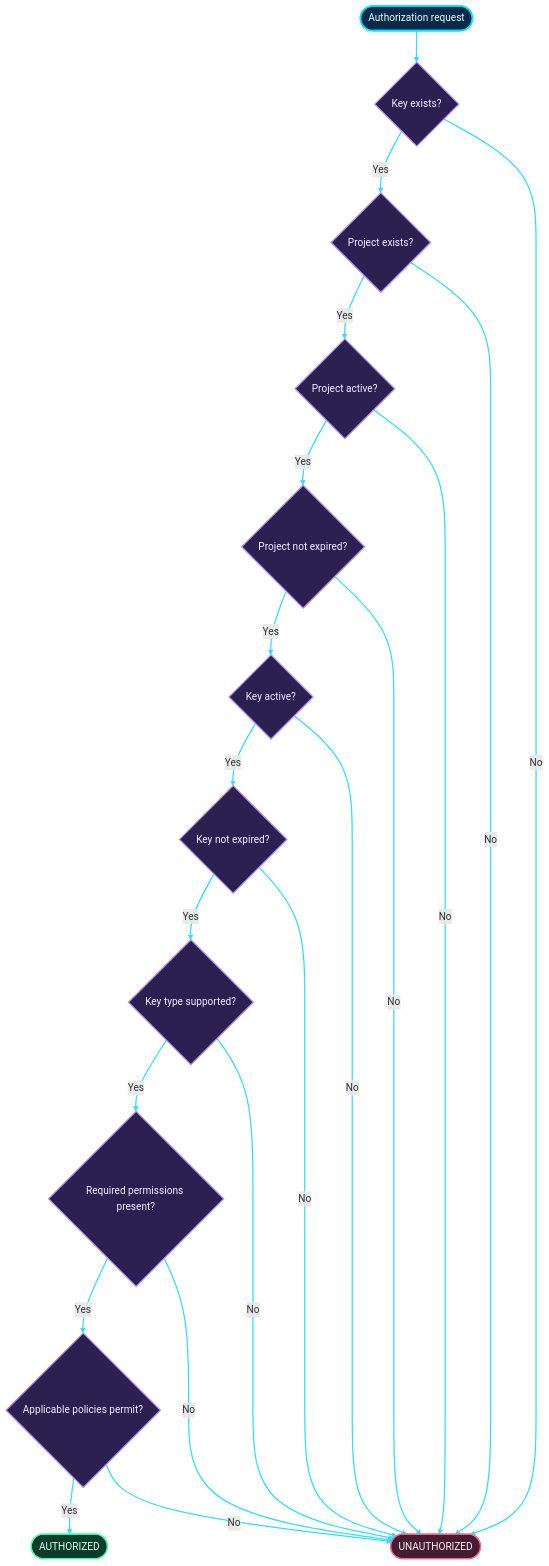
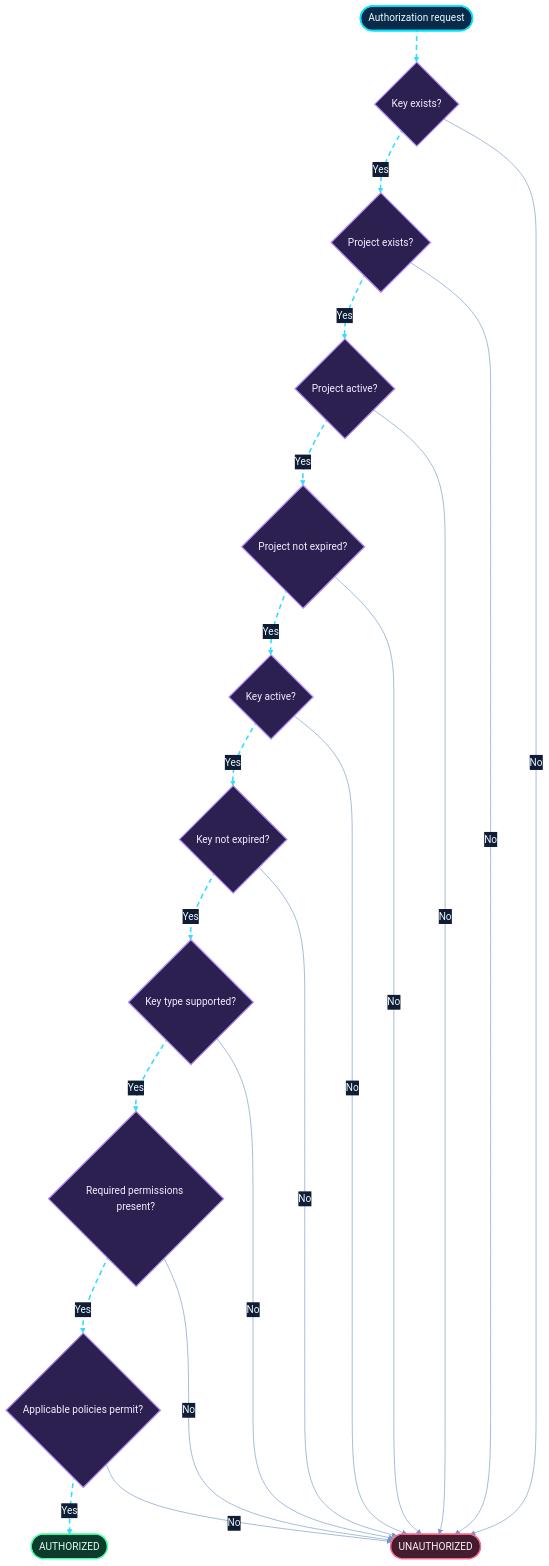
Diagram 12 of 23 in README.md (shajeduzzamanenan992008inc/NexOra-Database-key-Gen), drawn with Mermaid before and after one commit. The commit also changed other lines of this file, not shown here.

````diff
--- a/README.md
+++ b/README.md
@@ -1024,39 +1053,42 @@
 ```mermaid
+%%{init: {"theme":"base","themeVariables":{"darkMode":true,"background":"#07111f","primaryColor":"#102744","primaryTextColor":"#e8f7ff","primaryBorderColor":"#00d9ff","lineColor":"#7297c8","secondaryColor":"#261d45","secondaryTextColor":"#f3eaff","secondaryBorderColor":"#a78bfa","tertiaryColor":"#12332b","tertiaryTextColor":"#e0fff1","tertiaryBorderColor":"#41e6a2","fontFamily":"Inter, Segoe UI, sans-serif","edgeLabelBackground":"#101d34","mainBkg":"#102744","nodeBorder":"#00d9ff","clusterBkg":"#0b1930","clusterBorder":"#6f7dff","actorBkg":"#102744","actorBorder":"#00d9ff","actorTextColor":"#e8f7ff","signalColor":"#64d8ff","signalTextColor":"#e8f7ff","noteBkgColor":"#0e332b","noteBorderColor":"#41e6a2","noteTextColor":"#e0fff1"}}}%%
 flowchart TD
-    R(["Authorization request"]) --> Q1{"Key exists?"}
-    Q1 -->|Yes| Q2{"Project exists?"}
-    Q2 -->|Yes| Q3{"Project active?"}
-    Q3 -->|Yes| Q4{"Project not expired?"}
-    Q4 -->|Yes| Q5{"Key active?"}
-    Q5 -->|Yes| Q6{"Key not expired?"}
-    Q6 -->|Yes| Q7{"Key type supported?"}
-    Q7 -->|Yes| Q8{"Required permissions present?"}
-    Q8 -->|Yes| Q9{"Applicable policies permit?"}
-    Q9 -->|Yes| OK(["AUTHORIZED"])
+    R(["Authorization request"]) nx10e01@--> Q1{"Key exists?"}
+    Q1 nx10e02@-->|Yes| Q2{"Project exists?"}
+    Q2 nx10e03@-->|Yes| Q3{"Project active?"}
+    Q3 nx10e04@-->|Yes| Q4{"Project not expired?"}
+    Q4 nx10e05@-->|Yes| Q5{"Key active?"}
+    Q5 nx10e06@-->|Yes| Q6{"Key not expired?"}
+    Q6 nx10e07@-->|Yes| Q7{"Key type supported?"}
+    Q7 nx10e08@-->|Yes| Q8{"Required permissions present?"}
+    Q8 nx10e09@-->|Yes| Q9{"Applicable policies permit?"}
+    Q9 nx10e10@-->|Yes| OK(["AUTHORIZED"])
     Q1 -->|No| NO(["UNAUTHORIZED"])
     Q2 -->|No| NO
     Q3 -->|No| NO
     Q4 -->|No| NO
     Q5 -->|No| NO
     Q6 -->|No| NO
     Q7 -->|No| NO
     Q8 -->|No| NO
     Q9 -->|No| NO
 
     %% OMEGA NEX-ORA visual classes
     %% OMEGA NEX-ORA / ULTRA NEON PALETTE
     classDef nxCore fill:#092b49,stroke:#00e5ff,stroke-width:2.5px,color:#e9fbff;
     classDef nxProcess fill:#102b45,stroke:#3dbcf5,stroke-width:1.5px,color:#e9f6ff;
     classDef nxDecision fill:#2b2050,stroke:#b38cff,stroke-width:2px,color:#f3edff;
     classDef nxSuccess fill:#0d3b2c,stroke:#3fffa0,stroke-width:2px,color:#e0fff0;
     classDef nxDanger fill:#451d30,stroke:#ff6688,stroke-width:2px,color:#fff0f3;
     classDef nxData fill:#12352d,stroke:#63e6be,stroke-width:2px,color:#e1fff5;
     classDef nxExternal fill:#2b2149,stroke:#c4a5ff,stroke-width:2px,color:#f3ecff;
     classDef nxInfo fill:#17253e,stroke:#91a7c9,stroke-width:1.5px,color:#e5efff;
     classDef nxWarning fill:#453116,stroke:#fbbf24,stroke-width:2px,color:#fff6d6;
+    %% Moving dashed route: Mermaid applies this class to explicitly identified edges.
+    classDef nxAnimated stroke:#35dcff,stroke-width:2.5px,stroke-dasharray:8\,6,stroke-dashoffset:1000,animation:dash 24s linear infinite;
     class R nxCore;
     class Q1,Q2,Q3,Q4,Q5,Q6,Q7,Q8,Q9 nxDecision;
     class OK nxSuccess;
     class NO nxDanger;
-    linkStyle default stroke:#35dcff,stroke-width:2px;
+    class nx10e01,nx10e02,nx10e03,nx10e04,nx10e05,nx10e06,nx10e07,nx10e08,nx10e09,nx10e10 nxAnimated;
 ```
````
